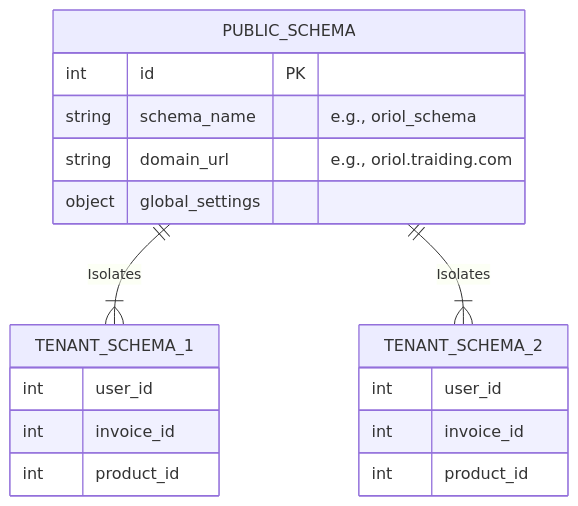
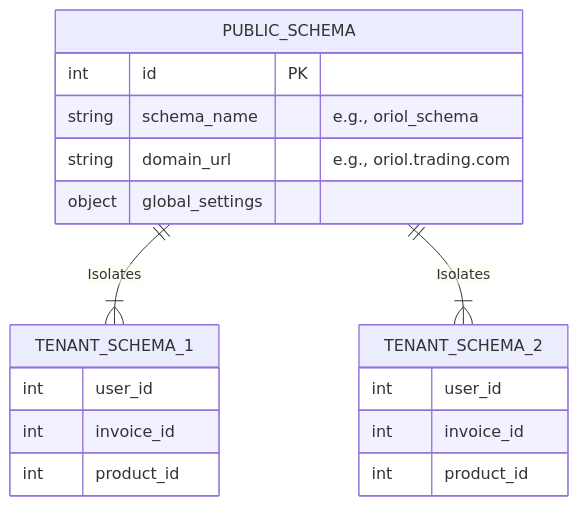
One commit to DIPESHEP11/trading changed the diagram in docs/architecture/02_Database_Design.md. Above: the diagram before and after it, drawn with Mermaid. The commit also changed other lines of this file and 65 other files, not shown here.

````diff
--- a/docs/architecture/02_Database_Design.md
+++ b/docs/architecture/02_Database_Design.md
@@ -7,24 +7,24 @@
 ```mermaid
 erDiagram
     PUBLIC_SCHEMA ||--|{ TENANT_SCHEMA_1 : "Isolates"
     PUBLIC_SCHEMA ||--|{ TENANT_SCHEMA_2 : "Isolates"
 
     PUBLIC_SCHEMA {
         int id PK
         string schema_name "e.g., oriol_schema"
-        string domain_url "e.g., oriol.traiding.com"
+        string domain_url "e.g., oriol.trading.com"
         object global_settings
     }
 
     TENANT_SCHEMA_1 {
         int user_id
         int invoice_id
         int product_id
     }
 
     TENANT_SCHEMA_2 {
         int user_id
         int invoice_id
         int product_id
     }
 ```
````
